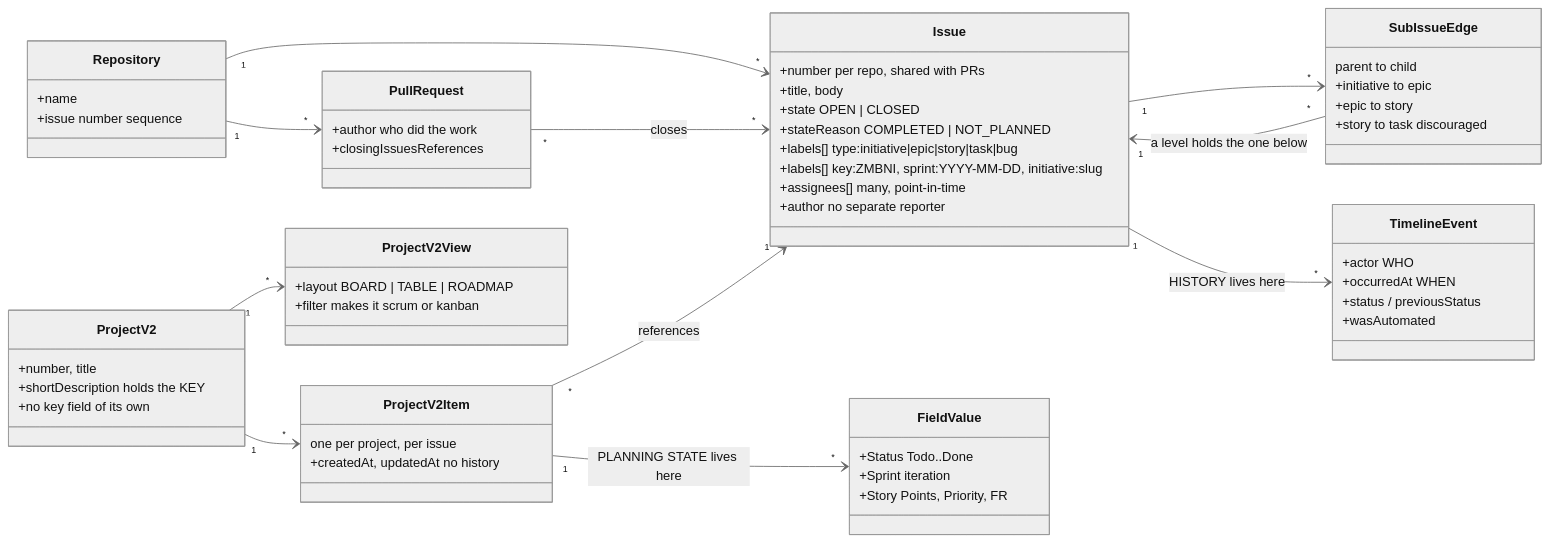
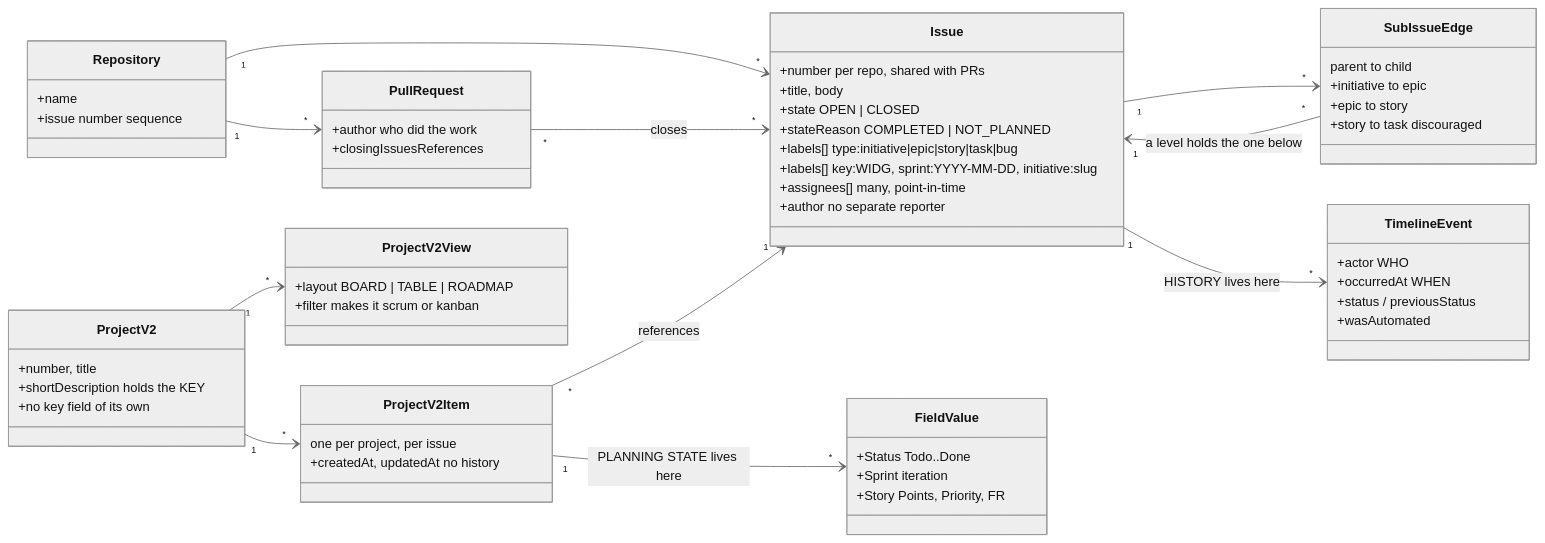
Before and after one commit to paulcaron16k/gh-agile: the first of 2 diagrams in README.md, drawn with Mermaid (neutral theme). The commit also changed other lines of this file and 32 other files, not shown here.

````diff
--- a/README.md
+++ b/README.md
@@ -102,66 +102,66 @@
 ```mermaid
 classDiagram
     direction LR
 
     class Repository {
         +name
         +issue number sequence
     }
     class Issue {
         +number  per repo, shared with PRs
         +title, body
         +state  OPEN | CLOSED
         +stateReason  COMPLETED | NOT_PLANNED
         +labels[]  type:initiative|epic|story|task|bug
-        +labels[]  key:ZMBNI, sprint:YYYY-MM-DD, initiative:slug
+        +labels[]  key:WIDG, sprint:YYYY-MM-DD, initiative:slug
         +assignees[]  many, point-in-time
         +author  no separate reporter
     }
     class SubIssueEdge {
         parent to child
         +initiative to epic
         +epic to story
         +story to task  discouraged
     }
     class TimelineEvent {
         +actor  WHO
         +occurredAt  WHEN
         +status / previousStatus
         +wasAutomated
     }
     class PullRequest {
         +author  who did the work
         +closingIssuesReferences
     }
 
     class ProjectV2 {
         +number, title
         +shortDescription  holds the KEY
         +no key field of its own
     }
     class ProjectV2Item {
         one per project, per issue
         +createdAt, updatedAt  no history
     }
     class FieldValue {
         +Status  Todo..Done
         +Sprint  iteration
         +Story Points, Priority, FR
     }
     class ProjectV2View {
         +layout  BOARD | TABLE | ROADMAP
         +filter  makes it scrum or kanban
     }
 
     Repository "1" --> "*" Issue
     Issue "1" --> "*" SubIssueEdge
     SubIssueEdge "*" --> "1" Issue : a level holds the one below
     Issue "1" --> "*" TimelineEvent : HISTORY lives here
     PullRequest "*" --> "*" Issue : closes
     Repository "1" --> "*" PullRequest
 
     ProjectV2 "1" --> "*" ProjectV2Item
     ProjectV2 "1" --> "*" ProjectV2View
     ProjectV2Item "*" --> "1" Issue : references
     ProjectV2Item "1" --> "*" FieldValue : PLANNING STATE lives here
 ```
````
